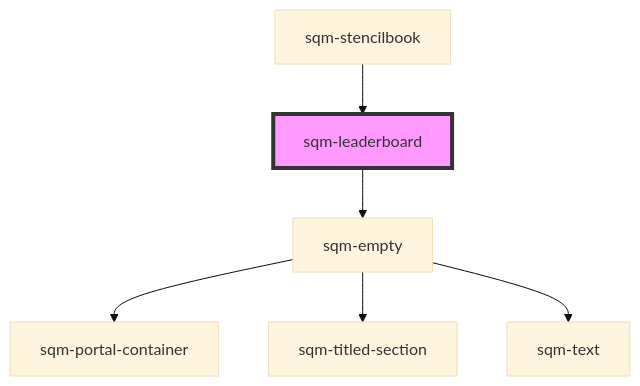
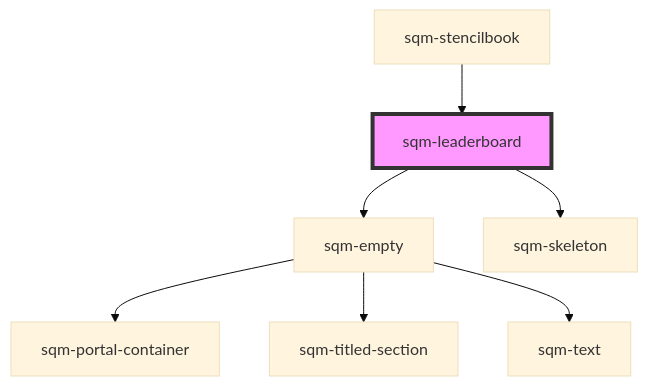
The diagram in packages/mint-components/src/components/sqm-leaderboard/readme.md (saasquatch/program-tools), drawn with Mermaid (base theme) before and after one commit. The commit also changed other lines of this file and 15 other files, not shown here.

````diff
--- a/packages/mint-components/src/components/sqm-leaderboard/readme.md
+++ b/packages/mint-components/src/components/sqm-leaderboard/readme.md
@@ -47,9 +48,10 @@
 ```mermaid
 graph TD;
   sqm-leaderboard --> sqm-empty
+  sqm-leaderboard --> sqm-skeleton
   sqm-empty --> sqm-portal-container
   sqm-empty --> sqm-titled-section
   sqm-empty --> sqm-text
   sqm-stencilbook --> sqm-leaderboard
   style sqm-leaderboard fill:#f9f,stroke:#333,stroke-width:4px
 ```
````
